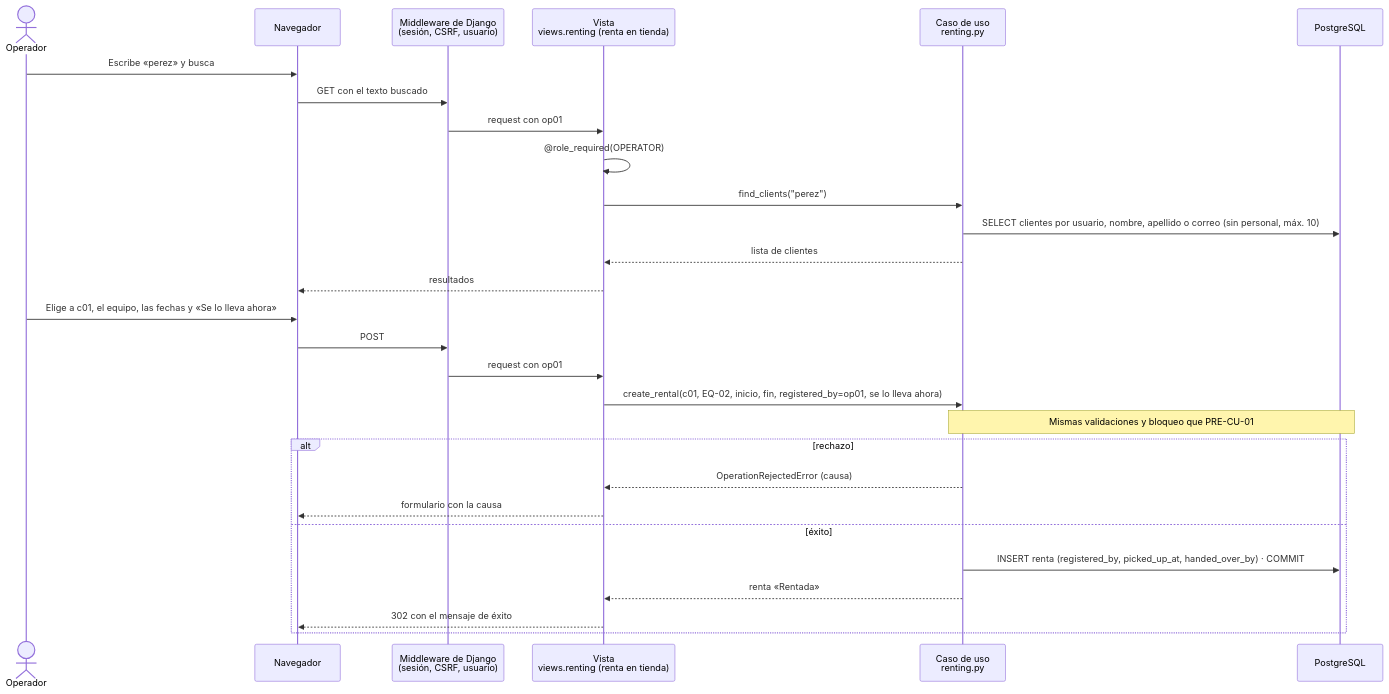
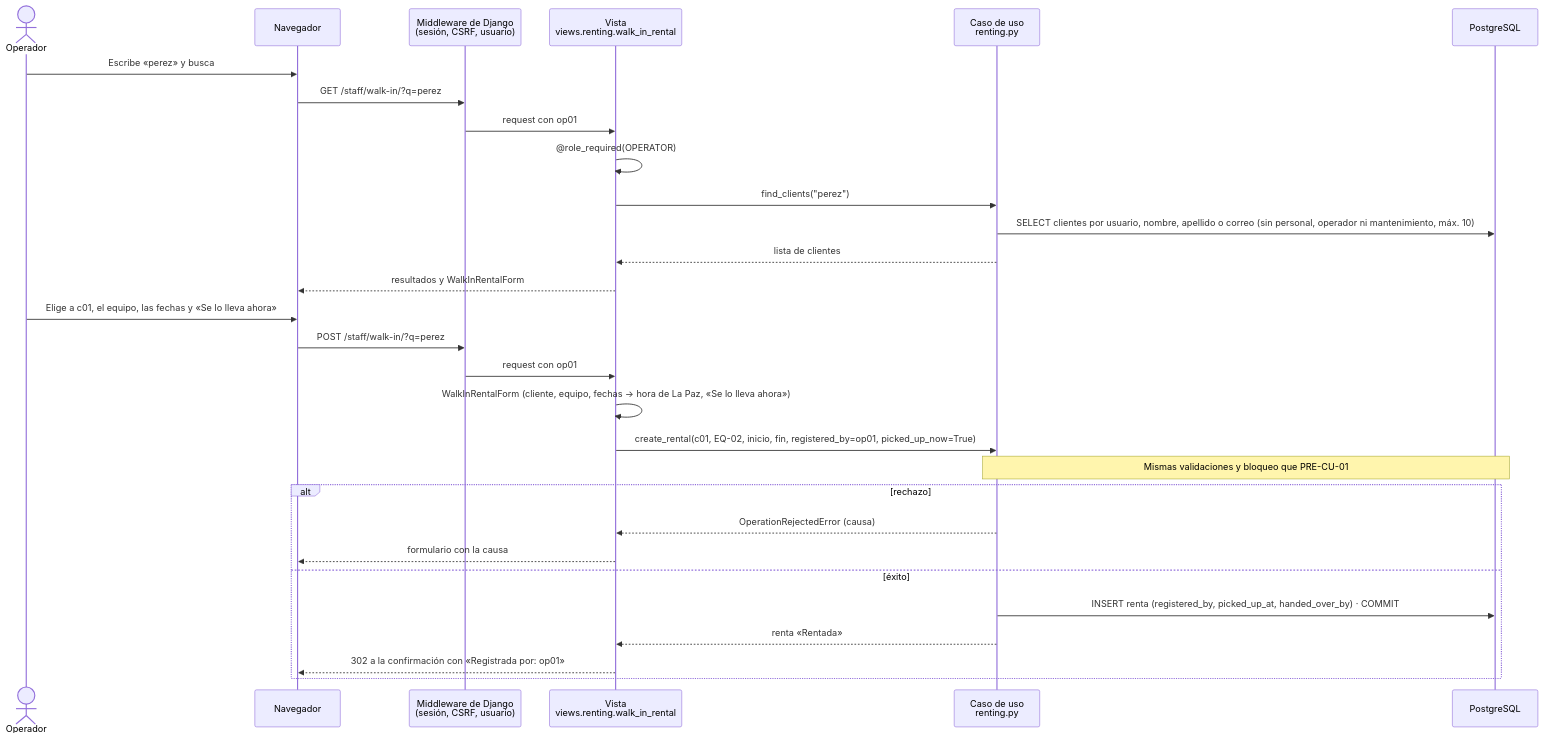
One commit to peterteranb/astra-rent-system changed the second of 6 diagrams in docs/secuencias.md. Above: the diagram before and after it, drawn with Mermaid. The commit also changed other lines of this file and 1 other file, not shown here.

First line of the commit message:
docs: keep the renting diagrams in secuencias.md (#52)

````diff
--- a/docs/secuencias.md
+++ b/docs/secuencias.md
@@ -88,31 +89,32 @@
 ```mermaid
 sequenceDiagram
     actor O as Operador
     participant N as Navegador
     participant MW as Middleware de Django<br/>(sesión, CSRF, usuario)
-    participant V as Vista<br/>views.renting (renta en tienda)
+    participant V as Vista<br/>views.renting.walk_in_rental
     participant U as Caso de uso<br/>renting.py
     participant DB as PostgreSQL
 
     O->>N: Escribe «perez» y busca
-    N->>MW: GET con el texto buscado
+    N->>MW: GET /staff/walk-in/?q=perez
     MW->>V: request con op01
     V->>V: @role_required(OPERATOR)
     V->>U: find_clients("perez")
-    U->>DB: SELECT clientes por usuario, nombre, apellido o correo (sin personal, máx. 10)
+    U->>DB: SELECT clientes por usuario, nombre, apellido o correo (sin personal, operador ni mantenimiento, máx. 10)
     U-->>V: lista de clientes
-    V-->>N: resultados
+    V-->>N: resultados y WalkInRentalForm
     O->>N: Elige a c01, el equipo, las fechas y «Se lo lleva ahora»
-    N->>MW: POST
+    N->>MW: POST /staff/walk-in/?q=perez
     MW->>V: request con op01
-    V->>U: create_rental(c01, EQ-02, inicio, fin, registered_by=op01, se lo lleva ahora)
+    V->>V: WalkInRentalForm (cliente, equipo, fechas → hora de La Paz, «Se lo lleva ahora»)
+    V->>U: create_rental(c01, EQ-02, inicio, fin, registered_by=op01, picked_up_now=True)
     Note over U,DB: Mismas validaciones y bloqueo que PRE-CU-01
     alt rechazo
         U-->>V: OperationRejectedError (causa)
         V-->>N: formulario con la causa
     else éxito
         U->>DB: INSERT renta (registered_by, picked_up_at, handed_over_by) · COMMIT
         U-->>V: renta «Rentada»
-        V-->>N: 302 con el mensaje de éxito
+        V-->>N: 302 a la confirmación con «Registrada por: op01»
     end
 ```
````
